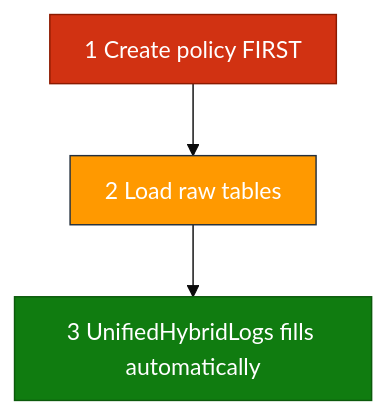
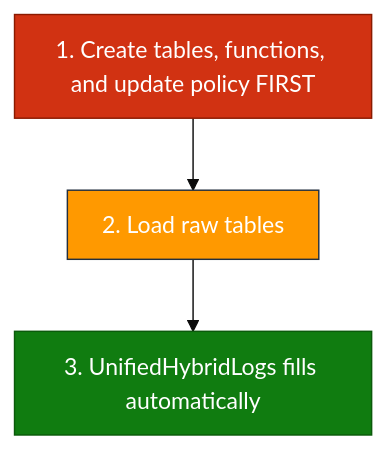
Before and after one commit to atingupta2005/adx-aws-training-aug-26: the third of 3 diagrams in Module_04_Hybrid_Architecture/04_Hybrid_Primer.md, drawn with Mermaid. The commit also changed other lines of this file and 5 other files, not shown here.

````diff
--- a/Module_04_Hybrid_Architecture/04_Hybrid_Primer.md
+++ b/Module_04_Hybrid_Architecture/04_Hybrid_Primer.md
@@ -57,11 +100,11 @@
 ```mermaid
 %%{init: {"theme":"base","flowchart":{"htmlLabels":true,"padding":12}}}%%
 flowchart TD
-  P["1 Create policy FIRST"]
-  L["2 Load raw tables"]
-  U["3 UnifiedHybridLogs fills automatically"]
+  P["1. Create tables, functions, and update policy FIRST"]
+  L["2. Load raw tables"]
+  U["3. UnifiedHybridLogs fills automatically"]
   P --> L --> U
   style P fill:#D13212,stroke:#8B1A00,color:#fff
   style L fill:#FF9900,stroke:#232F3E,color:#fff
   style U fill:#107C10,stroke:#0B5A0B,color:#fff
 ```
````
